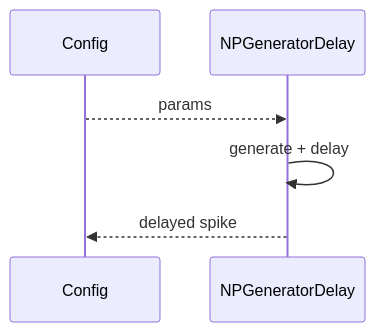
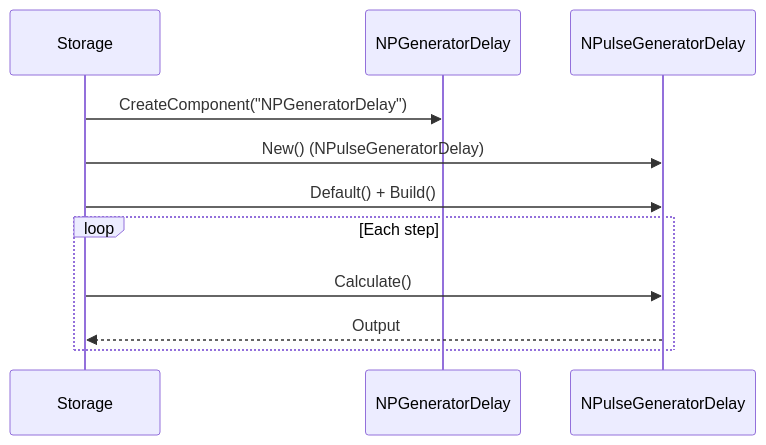
One commit to aicommunity/Nmsdk-PulseLib changed the seventh of 10 diagrams in Docs/Components/NPGeneratorDelay.md. Above: the diagram before and after it, drawn with Mermaid. The commit also changed other lines of this file and 196 other files, not shown here.

````diff
--- a/Docs/Components/NPGeneratorDelay.md
+++ b/Docs/Components/NPGeneratorDelay.md
@@ -24,8 +247,14 @@
 ```mermaid
 sequenceDiagram
-    participant Cfg as Config
-    participant G as NPGeneratorDelay
-    Cfg-->>G: params
-    G->>G: generate + delay
-    G-->>Cfg: delayed spike
+    participant Storage
+    participant Alias as NPGeneratorDelay
+    participant Generator as NPulseGeneratorDelay
+    
+    Storage->>Alias: CreateComponent("NPGeneratorDelay")
+    Storage->>Generator: New() (NPulseGeneratorDelay)
+    Storage->>Generator: Default() + Build()
+    loop Each step
+        Storage->>Generator: Calculate()
+        Generator-->>Storage: Output
+    end
 ```
````
